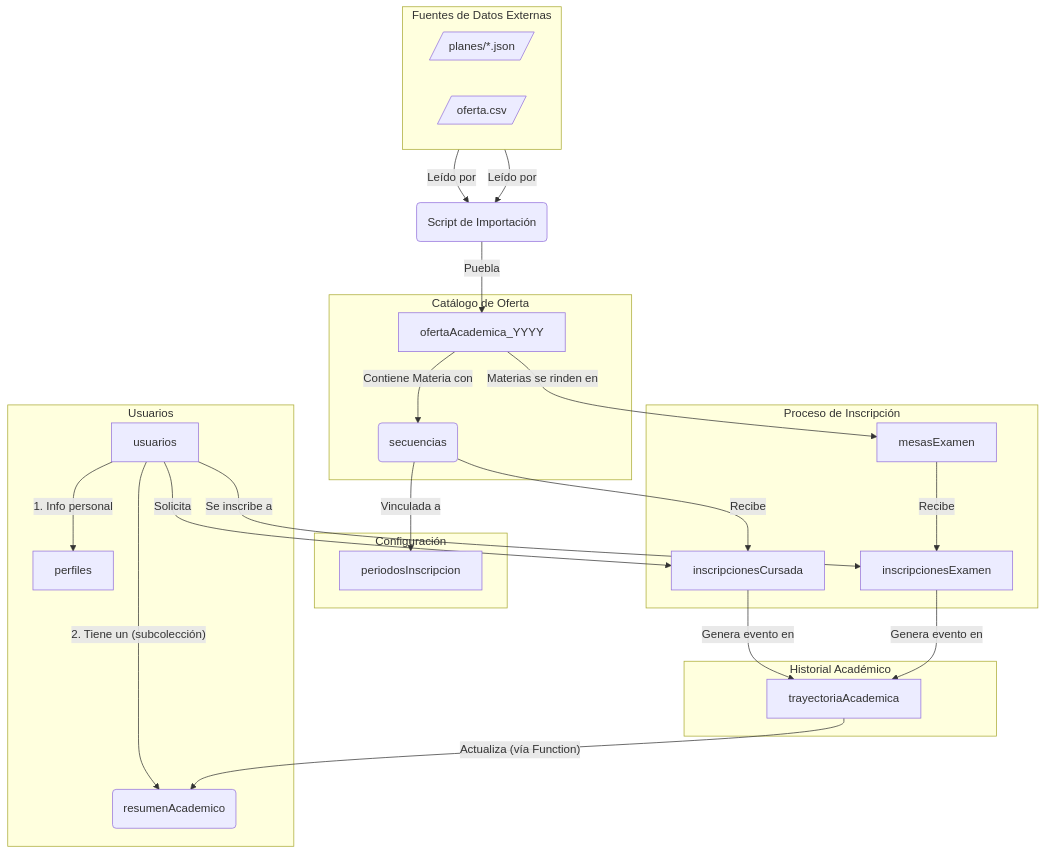
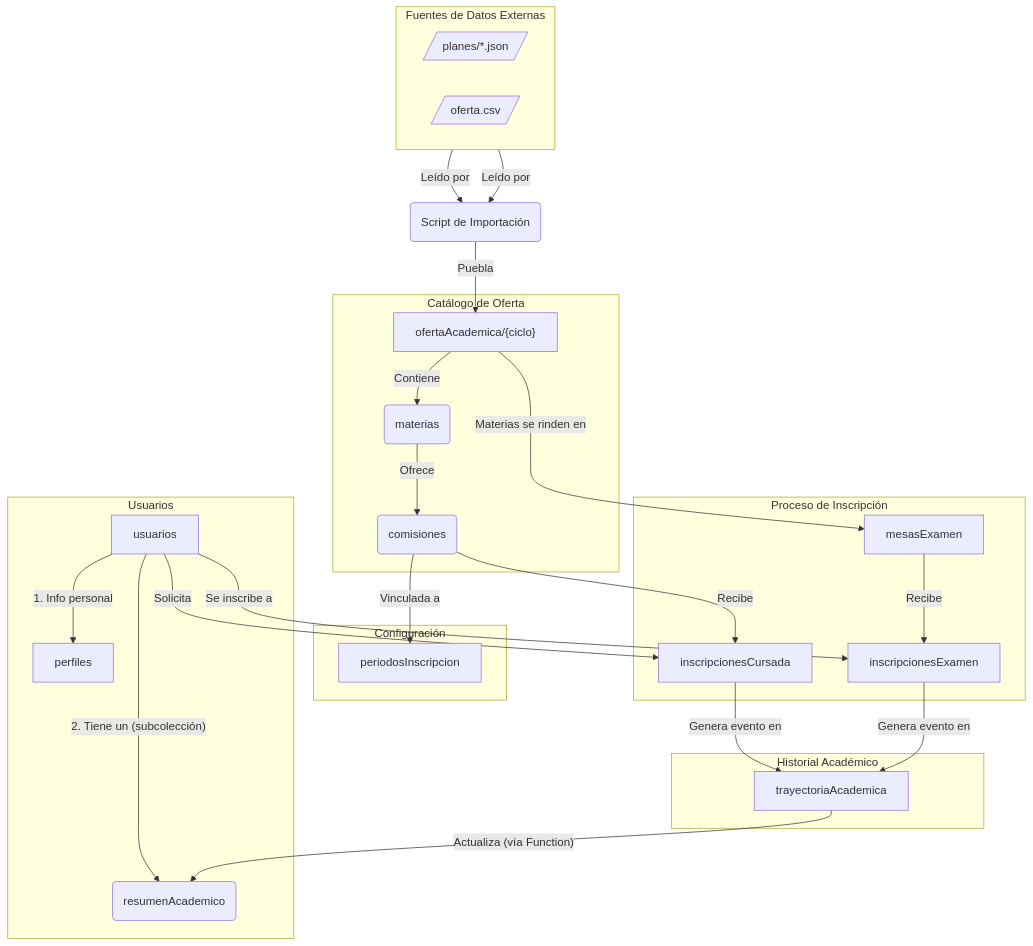
The diagram in docs/modelo-datos.md (informaticaesmn/sige), drawn with Mermaid before and after one commit. The commit also changed other lines of this file and 6 other files, not shown here.

````diff
--- a/docs/modelo-datos.md
+++ b/docs/modelo-datos.md
@@ -16,59 +16,61 @@
 ```mermaid
 graph TD
     subgraph "Fuentes de Datos Externas"
         direction LR
         JSON[/"planes/*.json"/]
         CSV[/"oferta.csv"/]
     end
 
     subgraph "Configuración"
         PI[periodosInscripcion]
     end
 
     subgraph "Catálogo de Oferta"
-        OA[ofertaAcademica_YYYY]
-        S(secuencias)
+        OA["ofertaAcademica/{ciclo}"]
+        M(materias)
+        S(comisiones)
     end
     
     subgraph "Usuarios"
         U[usuarios]
         P[perfiles]
         RA(resumenAcademico)
     end
 
     subgraph "Proceso de Inscripción"
         IC[inscripcionesCursada]
         IE[inscripcionesExamen]
         ME[mesasExamen]
     end
 
     subgraph "Historial Académico"
         TA[trayectoriaAcademica]
     end
 
     %% Flujo de Datos de Importación
     Script("Script de Importación")
     JSON -- "Leído por" --> Script
     CSV -- "Leído por" --> Script
     Script -- "Puebla" --> OA
 
     %% Relaciones Estructurales
-    OA -- "Contiene Materia con" --> S
+    OA -- "Contiene" --> M
+    M -- "Ofrece" --> S
     S -- "Vinculada a" --> PI
     U -- "1. Info personal" --> P
     U -- "2. Tiene un (subcolección)" --> RA
 
     %% Flujo de Inscripción a Cursada
     U -- "Solicita" --> IC
     S -- "Recibe" --> IC
     IC -- "Genera evento en" --> TA
 
     %% Flujo de Inscripción a Examen
     OA -- "Materias se rinden en" --> ME
     U -- "Se inscribe a" --> IE
     ME -- "Recibe" --> IE
     IE -- "Genera evento en" --> TA
 
     %% Actualización de Resumen
     TA -- "Actualiza (vía Function)" --> RA
 ```
````
